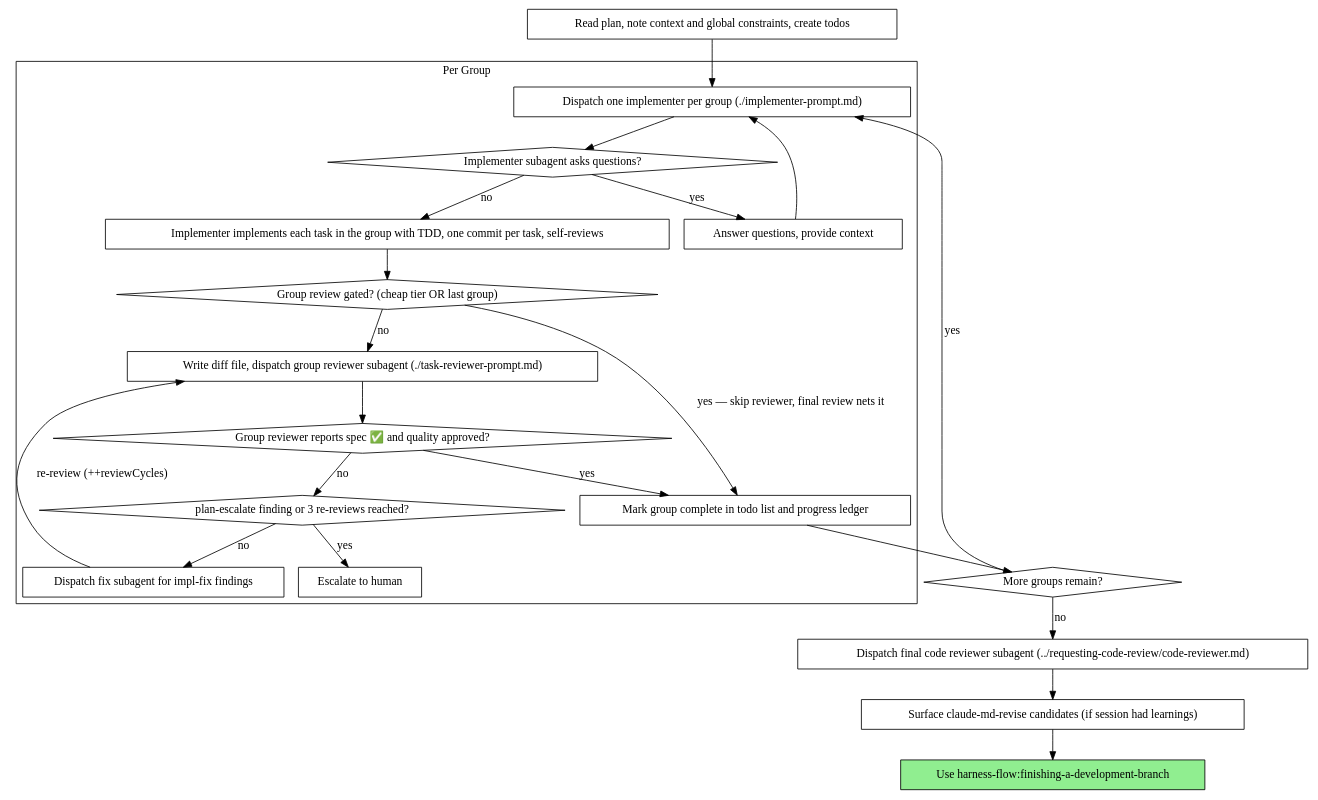
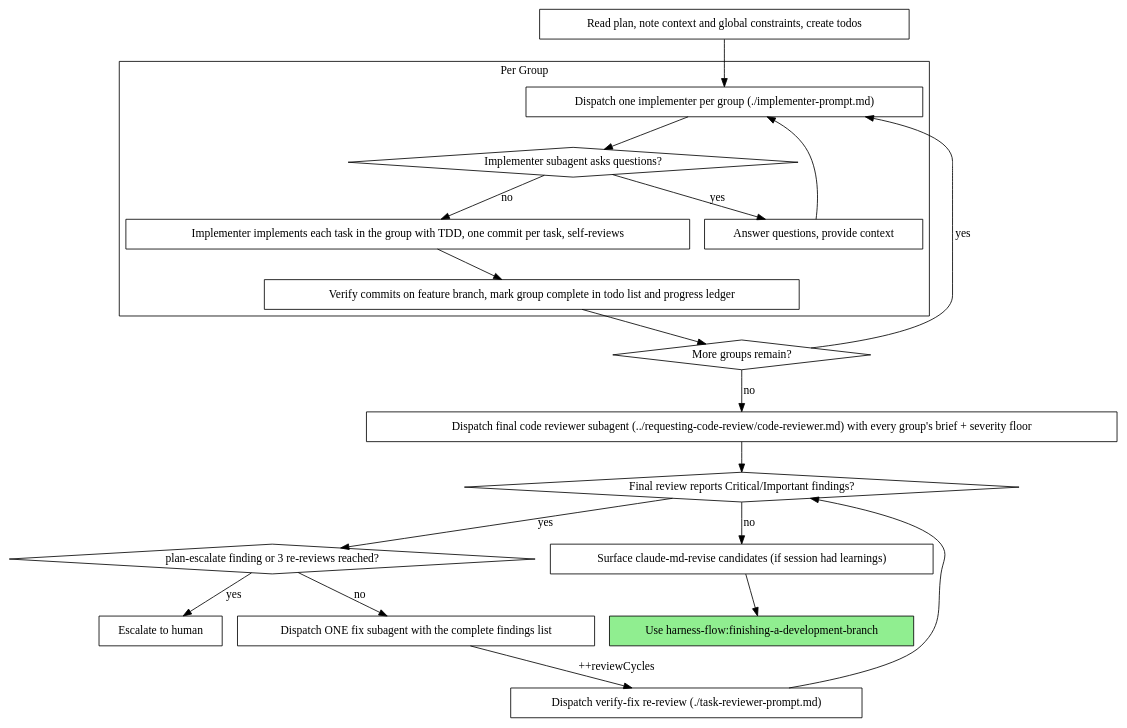
Before and after one commit to wonjinsin/harness-flow: the second of 2 diagrams in skills/subagent-driven-development/SKILL.md, drawn with Graphviz. The commit also changed other lines of this file and 6 other files, not shown here.

First line of the commit message:
feat(sdd): remove group-boundary reviews — final-only review with severity floor (1.3.0)

````diff
--- a/skills/subagent-driven-development/SKILL.md
+++ b/skills/subagent-driven-development/SKILL.md
@@ -56,46 +56,43 @@
 ```dot
 digraph process {
     rankdir=TB;
 
     subgraph cluster_per_group {
         label="Per Group";
         "Dispatch one implementer per group (./implementer-prompt.md)" [shape=box];
         "Implementer subagent asks questions?" [shape=diamond];
         "Answer questions, provide context" [shape=box];
         "Implementer implements each task in the group with TDD, one commit per task, self-reviews" [shape=box];
-        "Group review gated? (cheap tier OR last group)" [shape=diamond];
-        "Write diff file, dispatch group reviewer subagent (./task-reviewer-prompt.md)" [shape=box];
-        "Group reviewer reports spec ✅ and quality approved?" [shape=diamond];
-        "plan-escalate finding or 3 re-reviews reached?" [shape=diamond];
-        "Escalate to human" [shape=box];
-        "Dispatch fix subagent for impl-fix findings" [shape=box];
-        "Mark group complete in todo list and progress ledger" [shape=box];
+        "Verify commits on feature branch, mark group complete in todo list and progress ledger" [shape=box];
     }
 
     "Read plan, note context and global constraints, create todos" [shape=box];
     "More groups remain?" [shape=diamond];
-    "Dispatch final code reviewer subagent (../requesting-code-review/code-reviewer.md)" [shape=box];
+    "Dispatch final code reviewer subagent (../requesting-code-review/code-reviewer.md) with every group's brief + severity floor" [shape=box];
+    "Final review reports Critical/Important findings?" [shape=diamond];
+    "plan-escalate finding or 3 re-reviews reached?" [shape=diamond];
+    "Escalate to human" [shape=box];
+    "Dispatch ONE fix subagent with the complete findings list" [shape=box];
+    "Dispatch verify-fix re-review (./task-reviewer-prompt.md)" [shape=box];
     "Surface claude-md-revise candidates (if session had learnings)" [shape=box];
     "Use harness-flow:finishing-a-development-branch" [shape=box style=filled fillcolor=lightgreen];
 
     "Read plan, note context and global constraints, create todos" -> "Dispatch one implementer per group (./implementer-prompt.md)";
     "Dispatch one implementer per group (./implementer-prompt.md)" -> "Implementer subagent asks questions?";
     "Implementer subagent asks questions?" -> "Answer questions, provide context" [label="yes"];
     "Answer questions, provide context" -> "Dispatch one implementer per group (./implementer-prompt.md)";
     "Implementer subagent asks questions?" -> "Implementer implements each task in the group with TDD, one commit per task, self-reviews" [label="no"];
-    "Implementer implements each task in the group with TDD, one commit per task, self-reviews" -> "Group review gated? (cheap tier OR last group)";
-    "Group review gated? (cheap tier OR last group)" -> "Mark group complete in todo list and progress ledger" [label="yes — skip reviewer, final review nets it"];
-    "Group review gated? (cheap tier OR last group)" -> "Write diff file, dispatch group reviewer subagent (./task-reviewer-prompt.md)" [label="no"];
-    "Write diff file, dispatch group reviewer subagent (./task-reviewer-prompt.md)" -> "Group reviewer reports spec ✅ and quality approved?";
-    "Group reviewer reports spec ✅ and quality approved?" -> "plan-escalate finding or 3 re-reviews reached?" [label="no"];
+    "Implementer implements each task in the group with TDD, one commit per task, self-reviews" -> "Verify commits on feature branch, mark group complete in todo list and progress ledger";
+    "Verify commits on feature branch, mark group complete in todo list and progress ledger" -> "More groups remain?";
+    "More groups remain?" -> "Dispatch one implementer per group (./implementer-prompt.md)" [label="yes"];
+    "More groups remain?" -> "Dispatch final code reviewer subagent (../requesting-code-review/code-reviewer.md) with every group's brief + severity floor" [label="no"];
+    "Dispatch final code reviewer subagent (../requesting-code-review/code-reviewer.md) with every group's brief + severity floor" -> "Final review reports Critical/Important findings?";
+    "Final review reports Critical/Important findings?" -> "Surface claude-md-revise candidates (if session had learnings)" [label="no"];
+    "Final review reports Critical/Important findings?" -> "plan-escalate finding or 3 re-reviews reached?" [label="yes"];
     "plan-escalate finding or 3 re-reviews reached?" -> "Escalate to human" [label="yes"];
-    "plan-escalate finding or 3 re-reviews reached?" -> "Dispatch fix subagent for impl-fix findings" [label="no"];
-    "Dispatch fix subagent for impl-fix findings" -> "Write diff file, dispatch group reviewer subagent (./task-reviewer-prompt.md)" [label="re-review (++reviewCycles)"];
-    "Group reviewer reports spec ✅ and quality approved?" -> "Mark group complete in todo list and progress ledger" [label="yes"];
-    "Mark group complete in todo list and progress ledger" -> "More groups remain?";
-    "More groups remain?" -> "Dispatch one implementer per group (./implementer-prompt.md)" [label="yes"];
-    "More groups remain?" -> "Dispatch final code reviewer subagent (../requesting-code-review/code-reviewer.md)" [label="no"];
-    "Dispatch final code reviewer subagent (../requesting-code-review/code-reviewer.md)" -> "Surface claude-md-revise candidates (if session had learnings)";
+    "plan-escalate finding or 3 re-reviews reached?" -> "Dispatch ONE fix subagent with the complete findings list" [label="no"];
+    "Dispatch ONE fix subagent with the complete findings list" -> "Dispatch verify-fix re-review (./task-reviewer-prompt.md)" [label="++reviewCycles"];
+    "Dispatch verify-fix re-review (./task-reviewer-prompt.md)" -> "Final review reports Critical/Important findings?";
     "Surface claude-md-revise candidates (if session had learnings)" -> "Use harness-flow:finishing-a-development-branch";
 }
 ```
````
